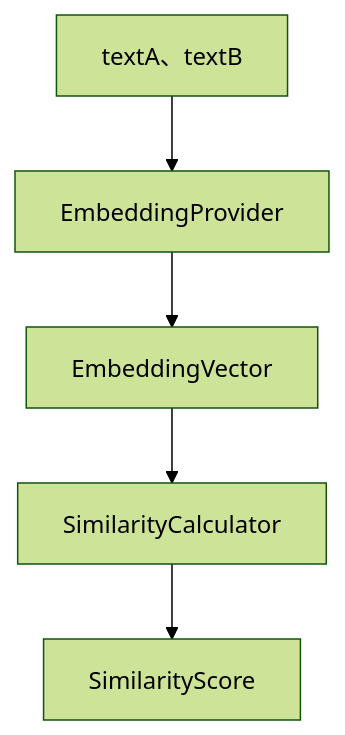
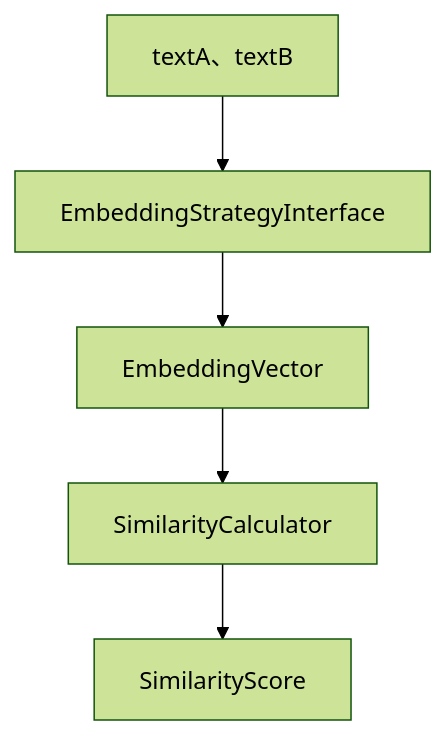
One commit to stein2nd/s2j-similarity-service changed the second of 7 diagrams in docs/interfaces/usage_spec.md. Above: the diagram before and after it, drawn with Mermaid (forest theme). The commit also changed other lines of this file, not shown here.

````diff
--- a/docs/interfaces/usage_spec.md
+++ b/docs/interfaces/usage_spec.md
@@ -51,7 +51,7 @@
 ```mermaid id="e2e_flow"
 flowchart TD
-  A["textA、textB"] --> B["EmbeddingProvider"]
+  A["textA、textB"] --> B["EmbeddingStrategyInterface"]
   B --> C["EmbeddingVector"]
   C --> D["SimilarityCalculator"]
   D --> E["SimilarityScore"]
 ```
````
